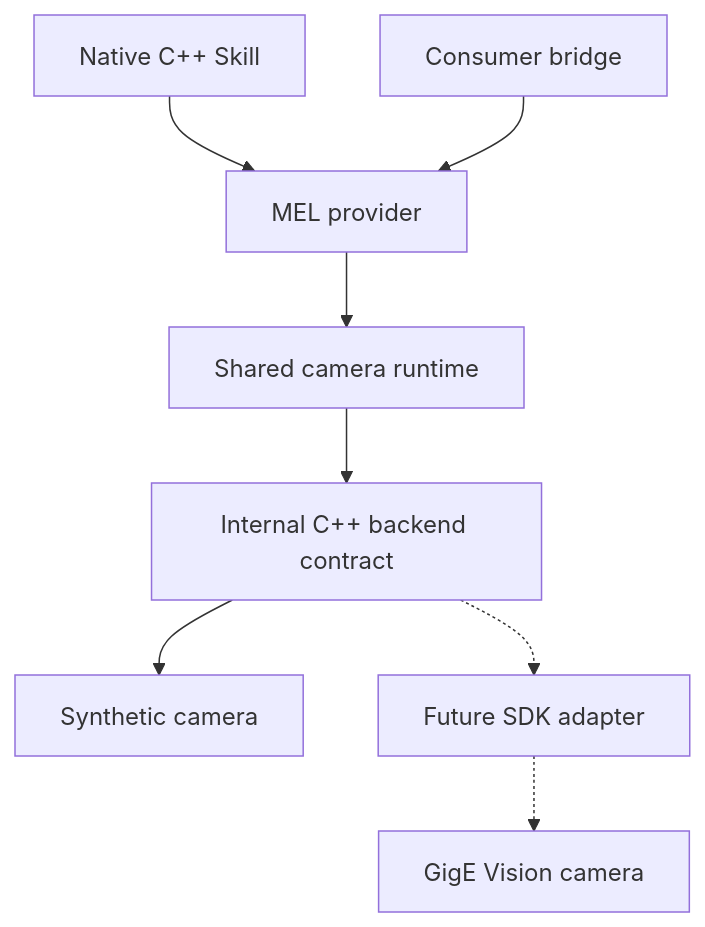
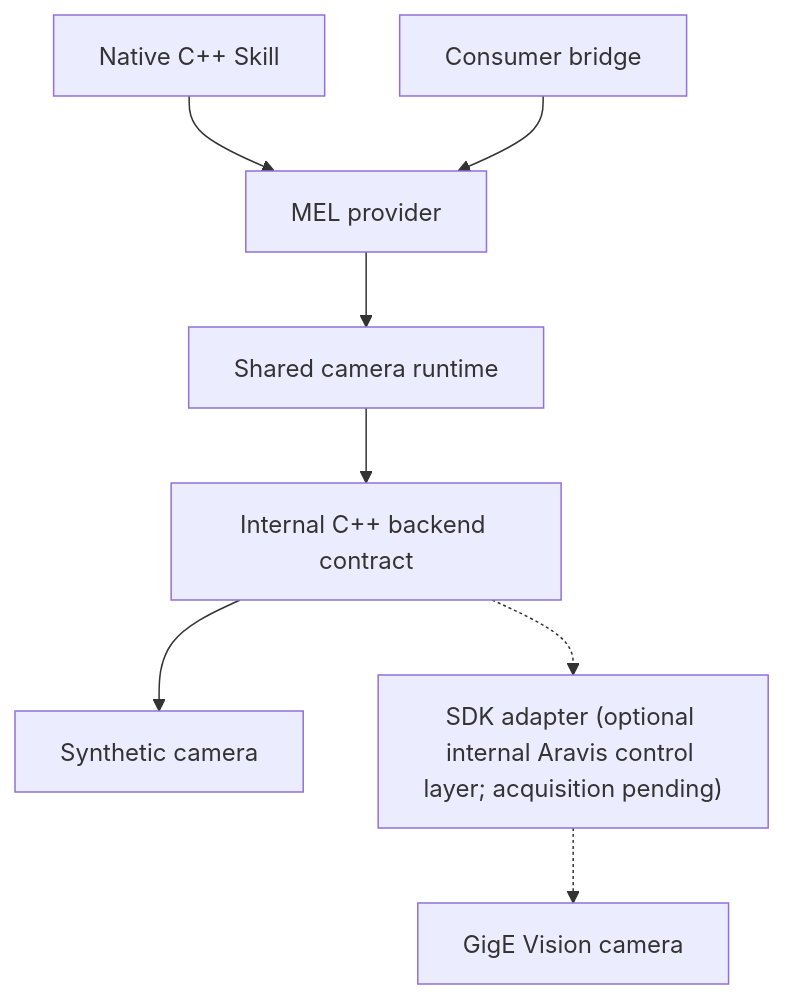
One commit to zackboll/ams-gra-gige-mel-provider changed the first of 2 diagrams in docs/architecture.md. Above: the diagram before and after it, drawn with Mermaid. The commit also changed other lines of this file and 8 other files, not shown here.

````diff
--- a/docs/architecture.md
+++ b/docs/architecture.md
@@ -15,10 +17,10 @@
 ```mermaid
 flowchart TD
     Native["Native C++ Skill"] --> MEL["MEL provider"]
     Bridge["Consumer bridge"] --> MEL
     MEL --> Runtime["Shared camera runtime"]
     Runtime --> Contract["Internal C++ backend contract"]
     Contract --> Synthetic["Synthetic camera"]
-    Contract -.-> SDK["Future SDK adapter"]
+    Contract -.-> SDK["SDK adapter (optional internal Aravis control layer; acquisition pending)"]
     SDK -.-> Camera["GigE Vision camera"]
 ```
````
